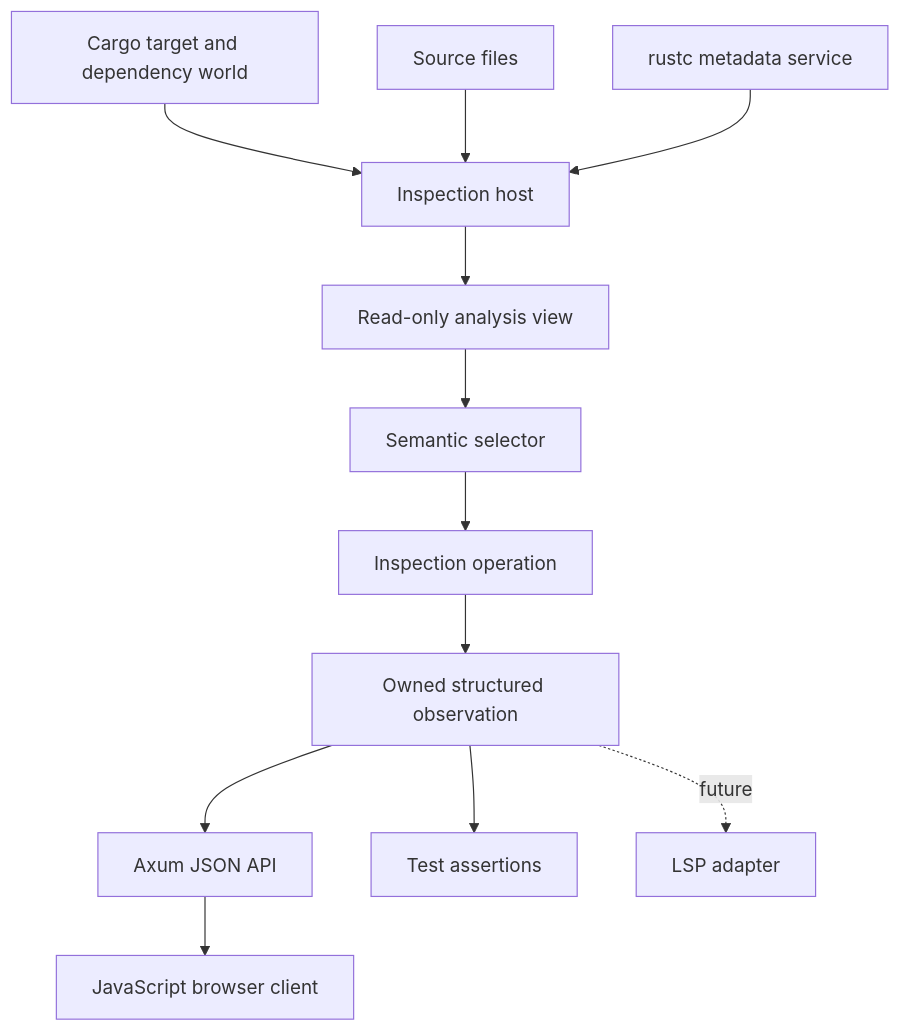
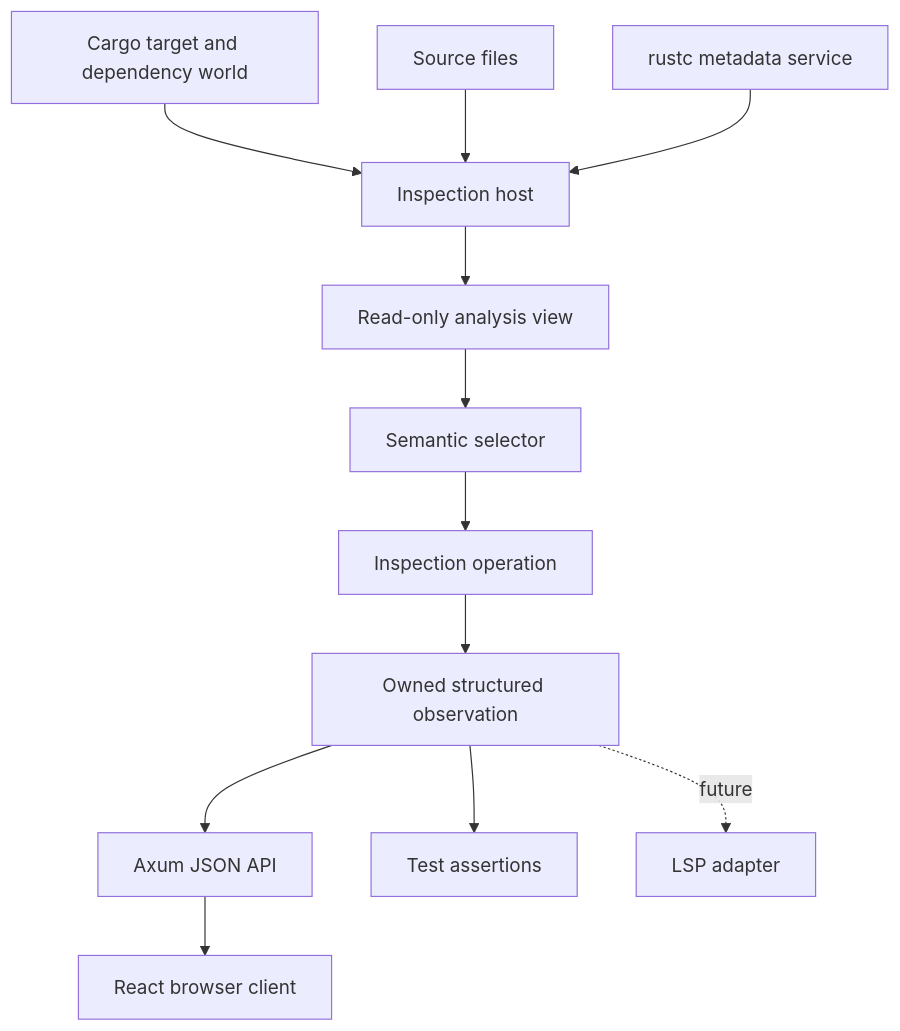
One commit to nikomatsakis/sage-dev changed the diagram in md/rfds/semantic-inspector/README.md. Above: the diagram before and after it, drawn with Mermaid. The commit also changed other lines of this file and 8 other files, not shown here.

````diff
--- a/md/rfds/semantic-inspector/README.md
+++ b/md/rfds/semantic-inspector/README.md
@@ -89,14 +95,14 @@
 ```mermaid
 flowchart TD
     Cargo[Cargo target and dependency world] --> Host[Inspection host]
     Files[Source files] --> Host
     Metadata[rustc metadata service] --> Host
     Host --> Analysis[Read-only analysis view]
     Analysis --> Select[Semantic selector]
     Select --> Inspect[Inspection operation]
     Inspect --> Observation[Owned structured observation]
     Observation --> Axum[Axum JSON API]
-    Axum --> Web[JavaScript browser client]
+    Axum --> Web[React browser client]
     Observation --> Tests[Test assertions]
     Observation -. future .-> Lsp[LSP adapter]
 ```
````
